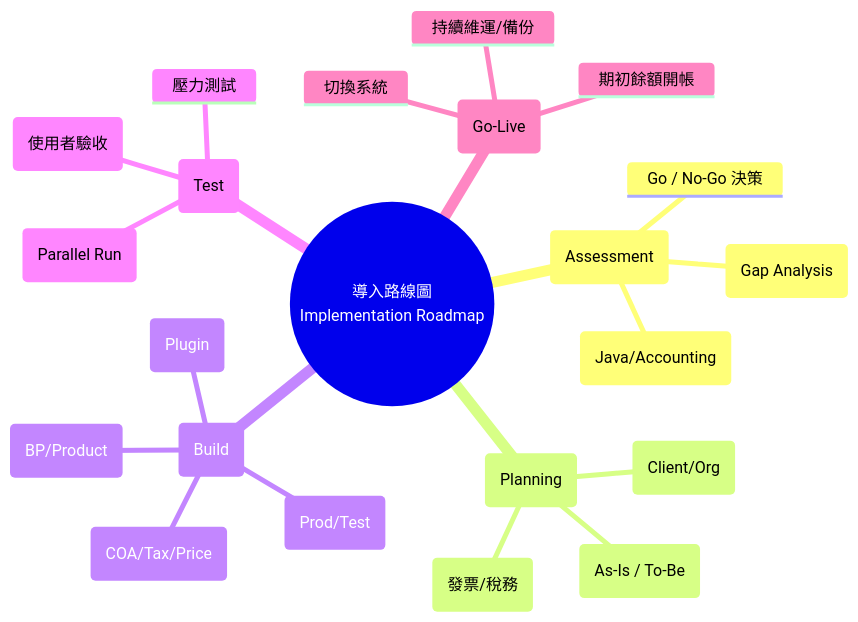
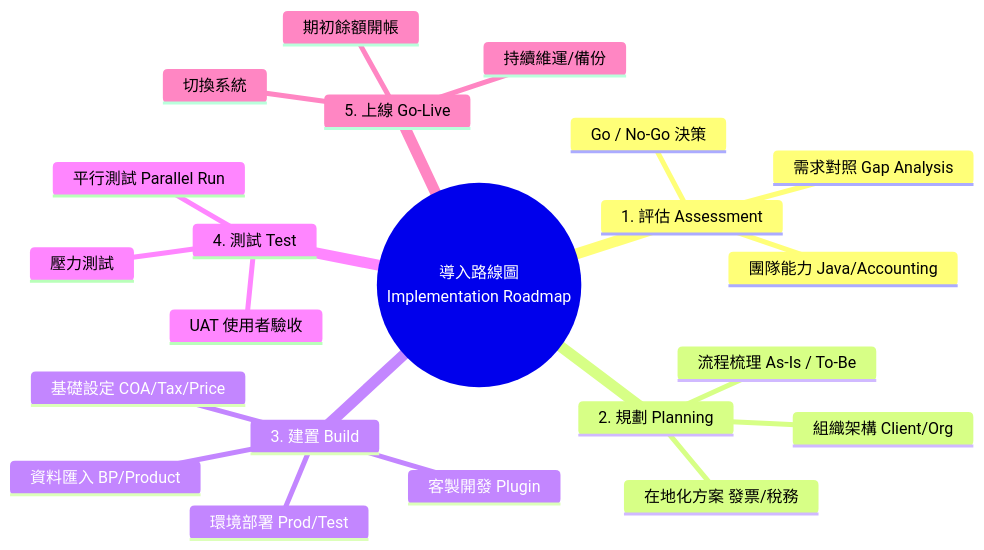
Before and after one commit to nczz/claw_notes: diagram 15 of 15 in iDempiere_Notes.md, drawn with Mermaid. The commit also changed other lines of this file, not shown here.

Commit message:
Fix mermaid syntax error: remove parentheses in node text

````diff
--- a/iDempiere_Notes.md
+++ b/iDempiere_Notes.md
@@ -984,25 +984,25 @@
 ```mermaid
 mindmap
   root((導入路線圖<br/>Implementation Roadmap))
-    1. 評估 (Assessment)
-      需求對照 (Gap Analysis)
-      團隊能力 (Java/Accounting)
+    1. 評估 Assessment
+      需求對照 Gap Analysis
+      團隊能力 Java/Accounting
       Go / No-Go 決策
-    2. 規劃 (Planning)
-      組織架構 (Client/Org)
-      流程梳理 (As-Is / To-Be)
-      在地化方案 (發票/稅務)
-    3. 建置 (Build)
-      環境部署 (Prod/Test)
-      基礎設定 (COA/Tax/Price)
-      資料匯入 (BP/Product)
-      客製開發 (Plugin)
-    4. 測試 (Test)
-      UAT (使用者驗收)
-      平行測試 (Parallel Run)
+    2. 規劃 Planning
+      組織架構 Client/Org
+      流程梳理 As-Is / To-Be
+      在地化方案 發票/稅務
+    3. 建置 Build
+      環境部署 Prod/Test
+      基礎設定 COA/Tax/Price
+      資料匯入 BP/Product
+      客製開發 Plugin
+    4. 測試 Test
+      UAT 使用者驗收
+      平行測試 Parallel Run
       壓力測試
-    5. 上線 (Go-Live)
+    5. 上線 Go-Live
       期初餘額開帳
       切換系統
       持續維運/備份
 ```
````
